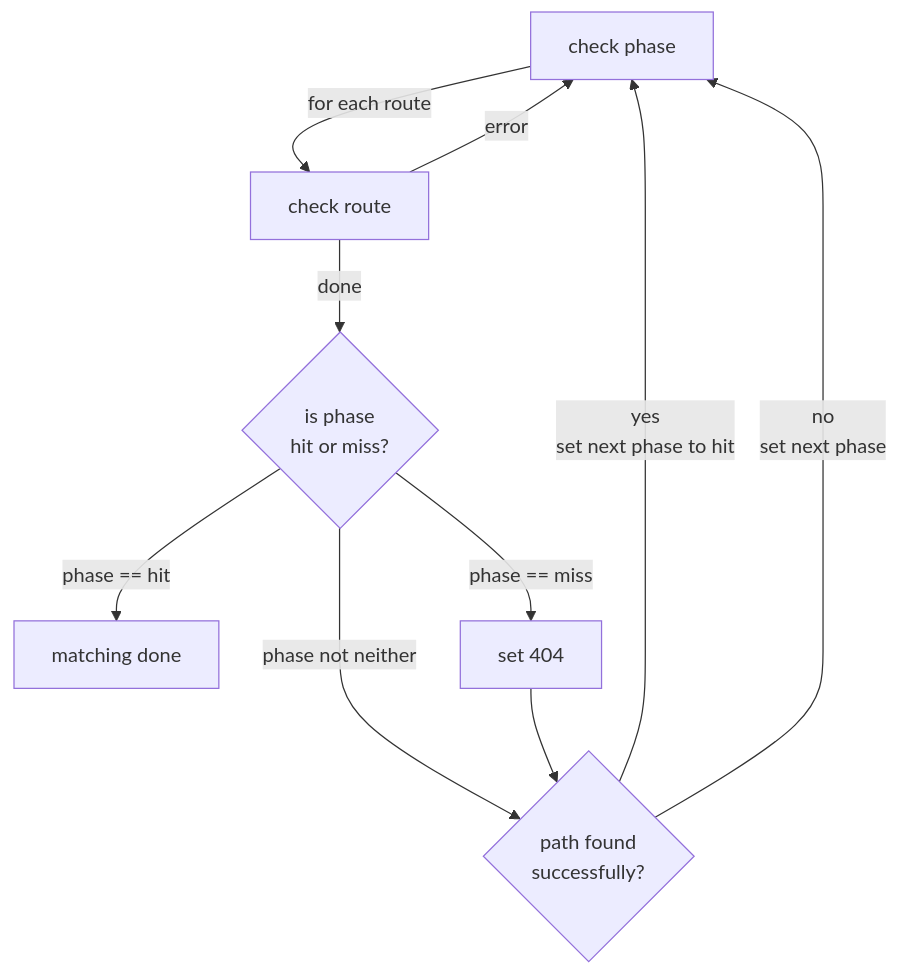
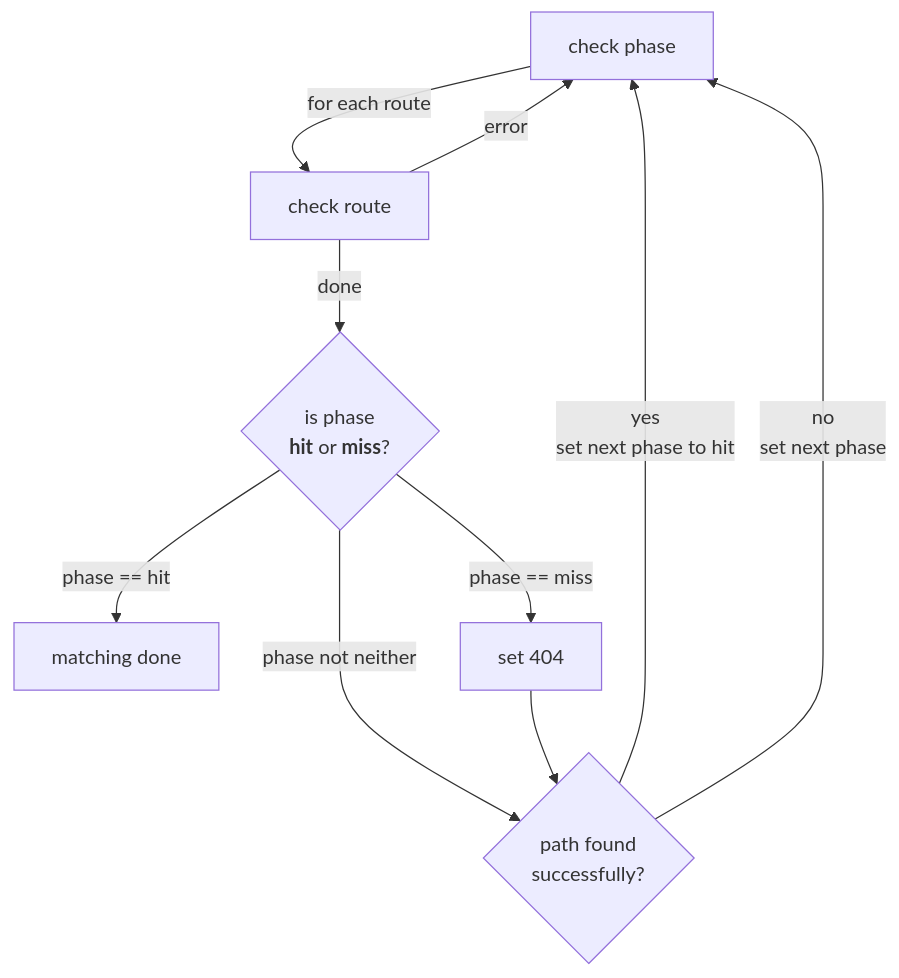
The first of 3 diagrams in docs/technical/routing.md (cloudflare/next-on-pages), drawn with Mermaid before and after one commit. The commit also changed other lines of this file, not shown here.

Commit message:
Update flowchart routing.md (#906)

````diff
--- a/docs/technical/routing.md
+++ b/docs/technical/routing.md
@@ -123,12 +123,12 @@
 ```mermaid
 flowchart TD
     checkPhase[check phase] --for each route--> checkRoute
     checkRoute[check route] -->|error| checkPhase
-    checkRoute -->|done| phaseHitMiss{is phase\nhit or miss?}
+    checkRoute -->|done| phaseHitMiss{is phase<br><b>hit</b> or <b>miss</b>?}
     phaseHitMiss --> |phase == hit| matchingDone[matching done]
     phaseHitMiss --> |phase == miss| set404[set 404]
-    phaseHitMiss --> |phase not neither| nextPhaseIsWhat{path found\nor\nphase == miss/error}
-    set404 --> nextPhaseIsWhat{path found\nsuccessfully?}
-    nextPhaseIsWhat --> |yes\nset next phase to hit| checkPhase
-    nextPhaseIsWhat --> |no\nset next phase| checkPhase
+    phaseHitMiss --> |phase not neither| nextPhaseIsWhat{path found<br>or<br>phase == miss/error}
+    set404 --> nextPhaseIsWhat{path found<br>successfully?}
+    nextPhaseIsWhat --> |yes<br>set next phase to hit| checkPhase
+    nextPhaseIsWhat --> |no<br>set next phase| checkPhase
 ```
````
